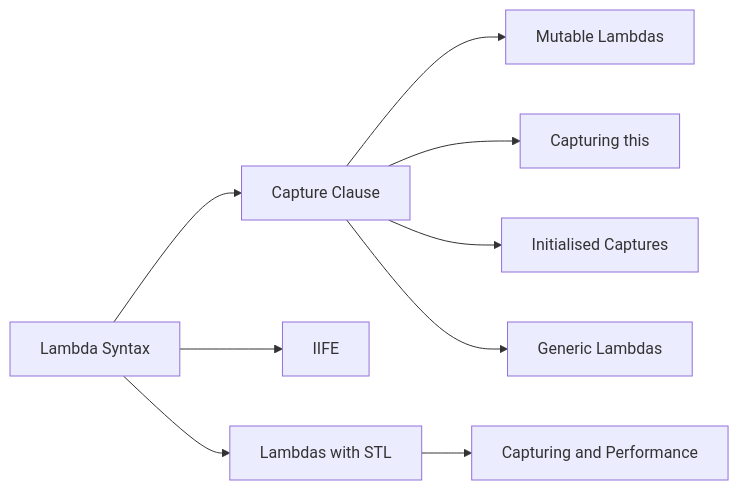
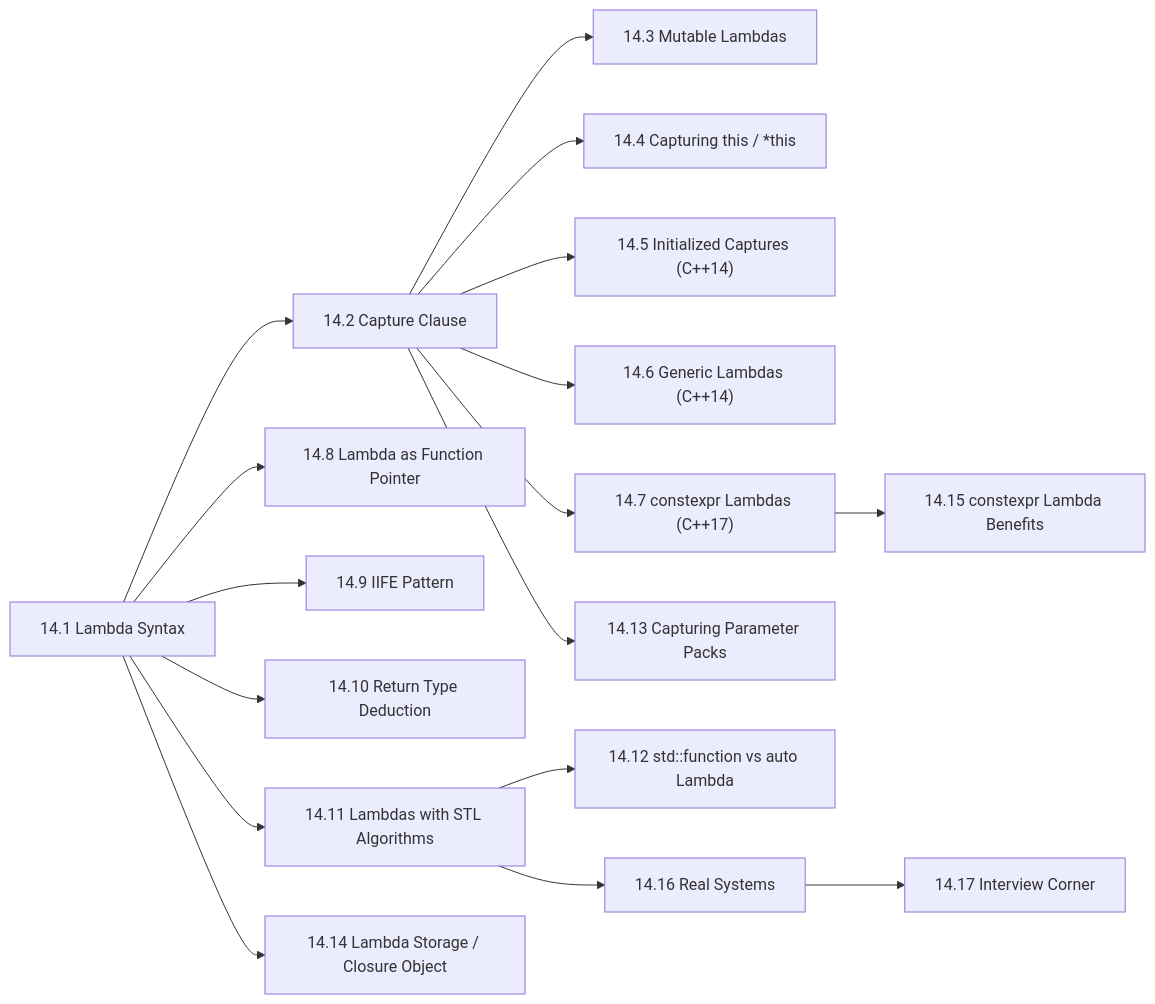
The diagram in docs/courses/oop-cpp/14-lambdas.md (Raushan666java/ai-engineering-journey), drawn with Mermaid before and after one commit. The commit also changed other lines of this file and 15 other files, not shown here.

````diff
--- a/docs/courses/oop-cpp/14-lambdas.md
+++ b/docs/courses/oop-cpp/14-lambdas.md
@@ -28,11 +37,19 @@
 ```mermaid
 flowchart LR
-    A[Lambda Syntax] --> B[Capture Clause]
-    B --> C[Mutable Lambdas]
-    B --> D[Capturing this]
-    B --> E[Initialised Captures]
-    B --> F[Generic Lambdas]
-    A --> G[IIFE]
-    A --> H[Lambdas with STL]
-    H --> I[Capturing and Performance]
+    A["14.1 Lambda Syntax"] --> B["14.2 Capture Clause"]
+    B --> C["14.3 Mutable Lambdas"]
+    B --> D["14.4 Capturing this / *this"]
+    B --> E["14.5 Initialized Captures (C++14)"]
+    B --> F["14.6 Generic Lambdas (C++14)"]
+    B --> G["14.7 constexpr Lambdas (C++17)"]
+    A --> H["14.8 Lambda as Function Pointer"]
+    A --> I["14.9 IIFE Pattern"]
+    A --> J["14.10 Return Type Deduction"]
+    A --> K["14.11 Lambdas with STL Algorithms"]
+    K --> L["14.12 std::function vs auto Lambda"]
+    B --> M["14.13 Capturing Parameter Packs"]
+    A --> N["14.14 Lambda Storage / Closure Object"]
+    G --> O["14.15 constexpr Lambda Benefits"]
+    K --> P["14.16 Real Systems"]
+    P --> Q["14.17 Interview Corner"]
 ```
````
